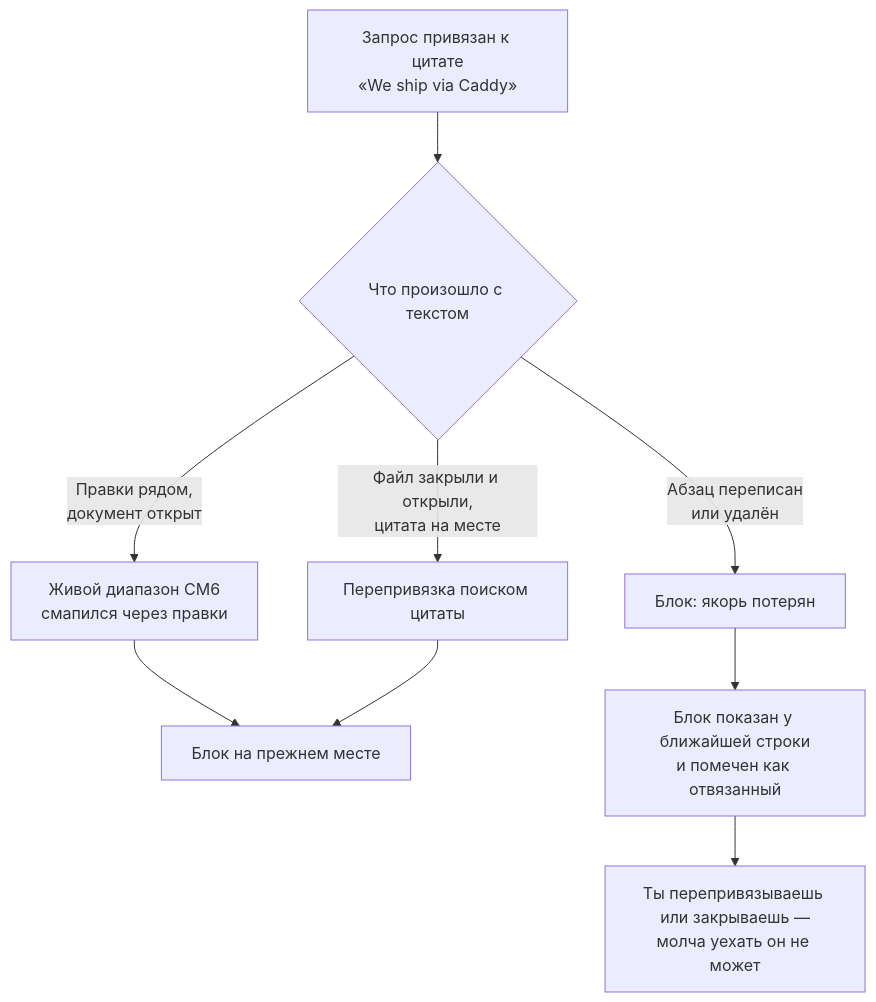
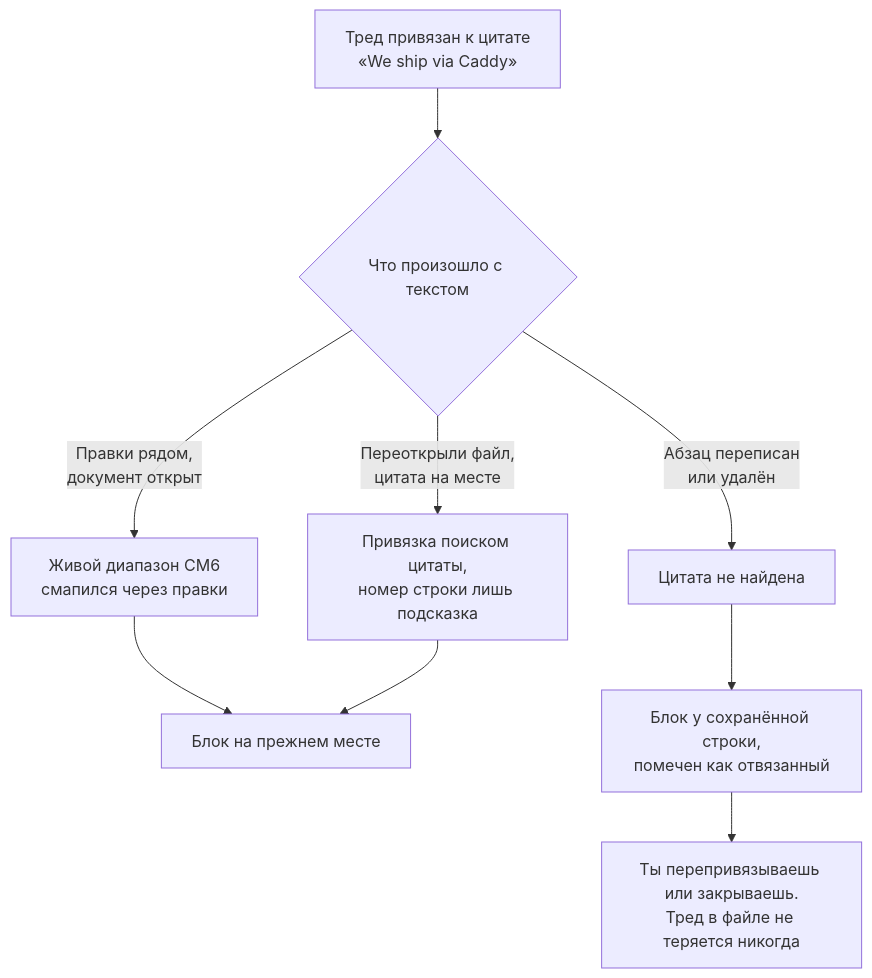
The sixth of 14 diagrams in docs/superpowers/specs/2026-08-23-document-requests-design.md (malinborn/mdmini), drawn with Mermaid before and after one commit. The commit also changed other lines of this file, not shown here.

````diff
--- a/docs/superpowers/specs/2026-08-23-document-requests-design.md
+++ b/docs/superpowers/specs/2026-08-23-document-requests-design.md
@@ -177,11 +241,11 @@
 ```mermaid
 flowchart TD
-    A["Запрос привязан к цитате<br/>«We ship via Caddy»"] --> B{"Что произошло с текстом"}
+    A["Тред привязан к цитате<br/>«We ship via Caddy»"] --> B{"Что произошло с текстом"}
     B -->|"Правки рядом,<br/>документ открыт"| C["Живой диапазон CM6<br/>смапился через правки"]
-    B -->|"Файл закрыли и открыли,<br/>цитата на месте"| D["Перепривязка поиском цитаты"]
-    B -->|"Абзац переписан<br/>или удалён"| E["Блок: якорь потерян"]
+    B -->|"Переоткрыли файл,<br/>цитата на месте"| D["Привязка поиском цитаты,<br/>номер строки лишь подсказка"]
+    B -->|"Абзац переписан<br/>или удалён"| E["Цитата не найдена"]
     C --> F["Блок на прежнем месте"]
     D --> F
-    E --> G["Блок показан у ближайшей строки<br/>и помечен как отвязанный"]
-    G --> H["Ты перепривязываешь или закрываешь —<br/>молча уехать он не может"]
+    E --> G["Блок у сохранённой строки,<br/>помечен как отвязанный"]
+    G --> H["Ты перепривязываешь или закрываешь.<br/>Тред в файле не теряется никогда"]
 ```
````
